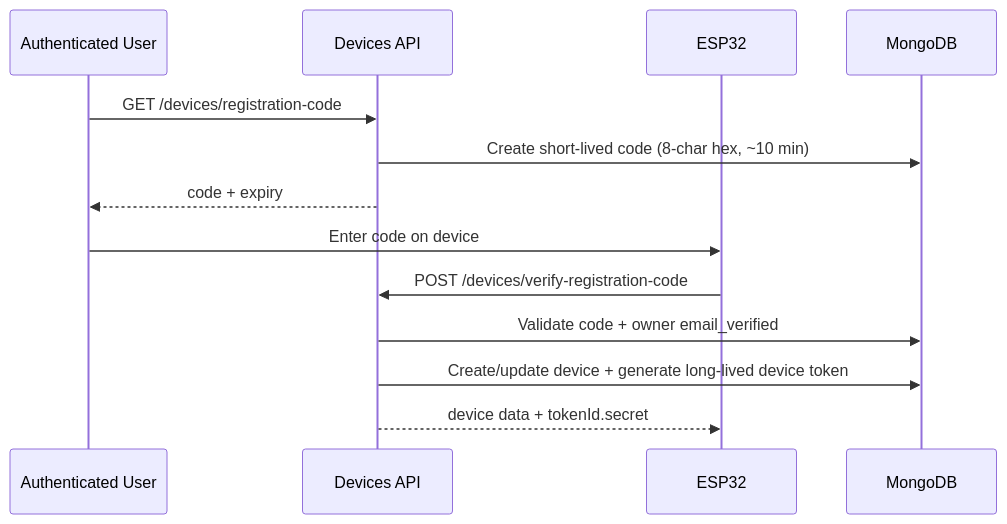
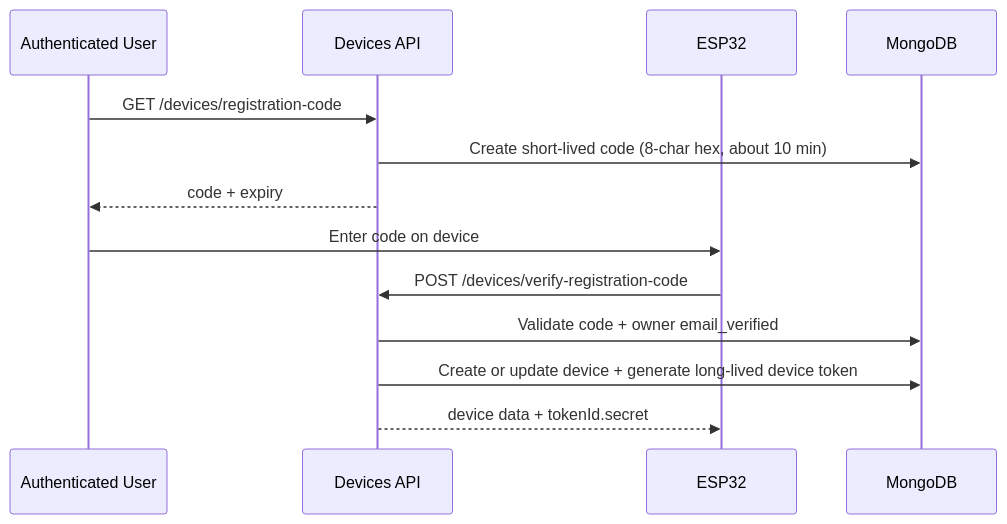
One commit to ahmed-atef-gad/nexusflow-backend changed the third of 5 diagrams in docs/arch.md. Above: the diagram before and after it, drawn with Mermaid. The commit also changed other lines of this file and 3 other files, not shown here.

Commit message:
feat(notifications): add comprehensive notification system documentation and update architecture diagrams

````diff
--- a/docs/arch.md
+++ b/docs/arch.md
@@ -105,17 +120,17 @@
 ```mermaid
 sequenceDiagram
     participant User as Authenticated User
     participant API as Devices API
     participant Device as ESP32
     participant DB as MongoDB
 
     User->>API: GET /devices/registration-code
-    API->>DB: Create short-lived code (8-char hex, ~10 min)
+    API->>DB: Create short-lived code (8-char hex, about 10 min)
     API-->>User: code + expiry
 
     User->>Device: Enter code on device
     Device->>API: POST /devices/verify-registration-code
     API->>DB: Validate code + owner email_verified
-    API->>DB: Create/update device + generate long-lived device token
+    API->>DB: Create or update device + generate long-lived device token
     API-->>Device: device data + tokenId.secret
 ```
````
